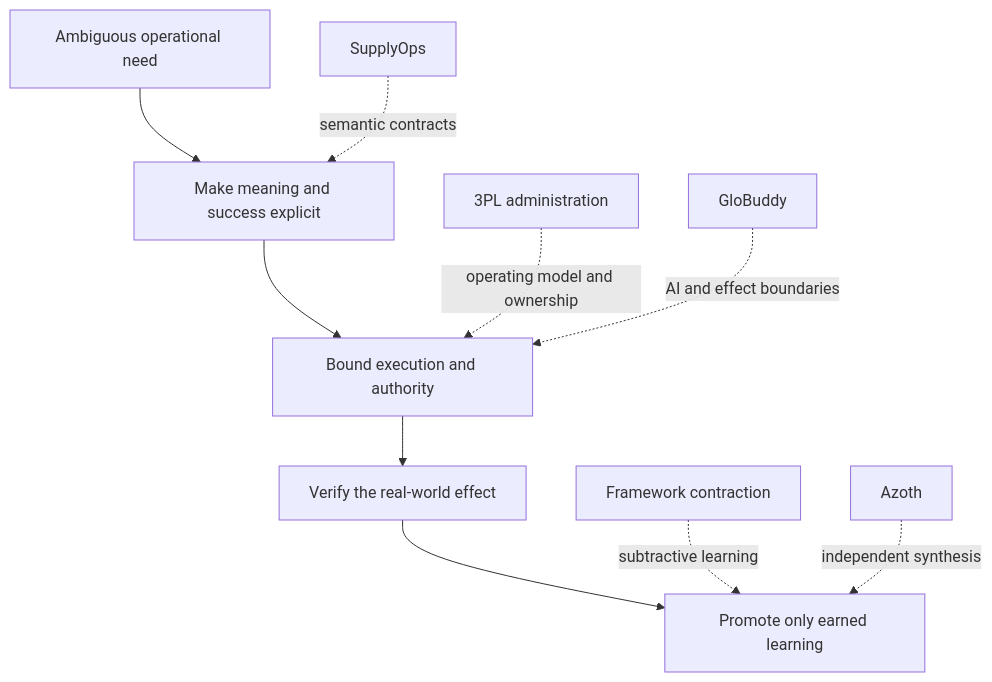
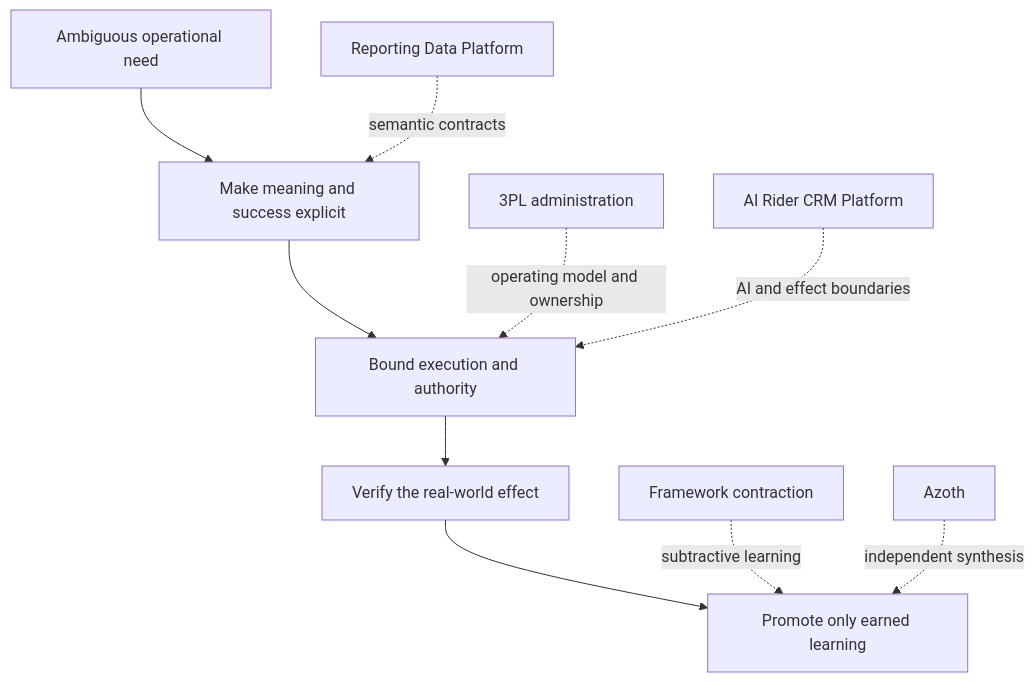
One commit to yiwei79/root-azoth changed the first of 9 diagrams in docs/case-studies/narrow-success-broad-failure.md. Above: the diagram before and after it, drawn with Mermaid. The commit also changed other lines of this file and 1 other file, not shown here.

````diff
--- a/docs/case-studies/narrow-success-broad-failure.md
+++ b/docs/case-studies/narrow-success-broad-failure.md
@@ -36,13 +36,13 @@
 ```mermaid
 flowchart TB
     A["Ambiguous operational need"] --> M["Make meaning and success explicit"]
     M --> B["Bound execution and authority"]
     B --> V["Verify the real-world effect"]
     V --> L["Promote only earned learning"]
 
-    S["SupplyOps"] -.->|semantic contracts| M
+    S["Reporting Data Platform"] -.->|semantic contracts| M
     P["3PL administration"] -.->|operating model and ownership| B
-    G["GloBuddy"] -.->|AI and effect boundaries| B
+    G["AI Rider CRM Platform"] -.->|AI and effect boundaries| B
     F["Framework contraction"] -.->|subtractive learning| L
     Z["Azoth"] -.->|independent synthesis| L
 ```
````
